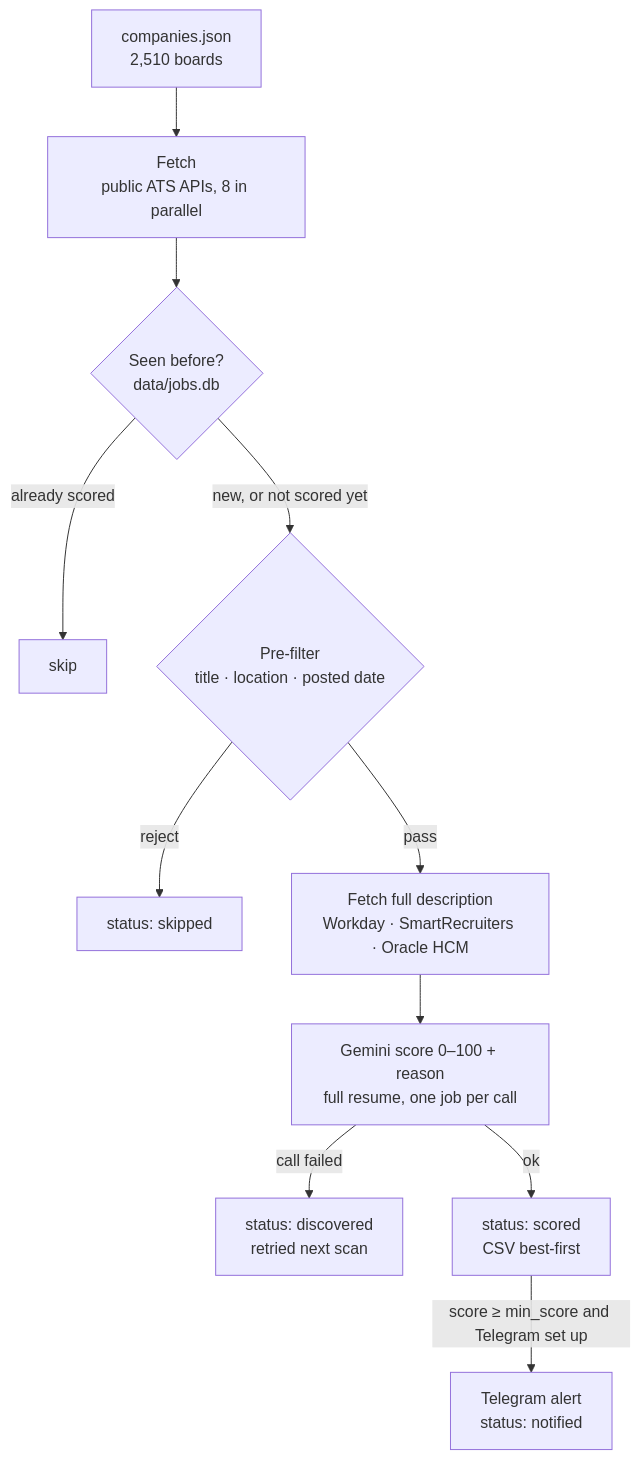
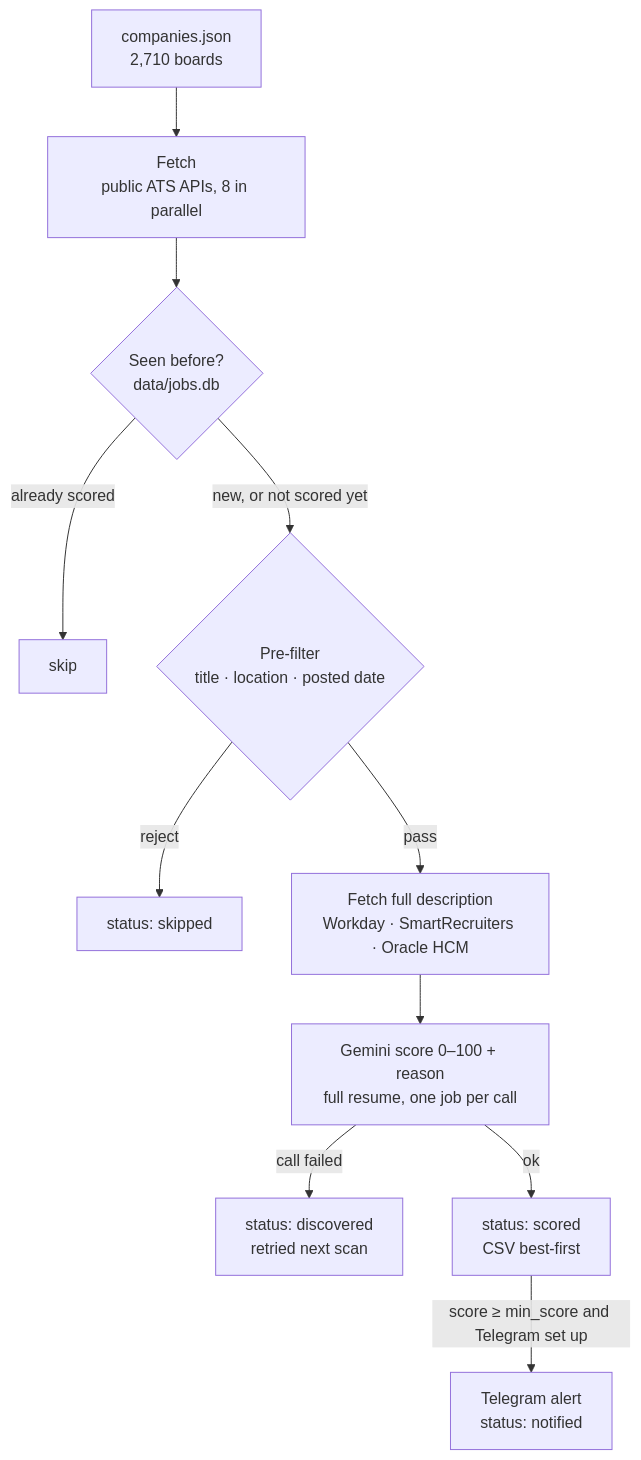
One commit to Manish814142/rolesight changed the diagram in README.md. Above: the diagram before and after it, drawn with Mermaid. The commit also changed other lines of this file and 7 other files, not shown here.

````diff
--- a/README.md
+++ b/README.md
@@ -86,13 +86,13 @@
 ```mermaid
 flowchart TD
-    C["companies.json<br/>2,510 boards"] --> F["Fetch<br/>public ATS APIs, 8 in parallel"]
+    C["companies.json<br/>2,710 boards"] --> F["Fetch<br/>public ATS APIs, 8 in parallel"]
     F --> D{"Seen before?<br/>data/jobs.db"}
     D -- "already scored" --> X["skip"]
     D -- "new, or not scored yet" --> P{"Pre-filter<br/>title · location · posted date"}
     P -- reject --> S["status: skipped"]
     P -- pass --> E["Fetch full description<br/>Workday · SmartRecruiters · Oracle HCM"]
     E --> G["Gemini score 0–100 + reason<br/>full resume, one job per call"]
     G -- "call failed" --> R["status: discovered<br/>retried next scan"]
     G -- ok --> O["status: scored<br/>CSV best-first"]
     O -- "score ≥ min_score and Telegram set up" --> T["Telegram alert<br/>status: notified"]
 ```
````
